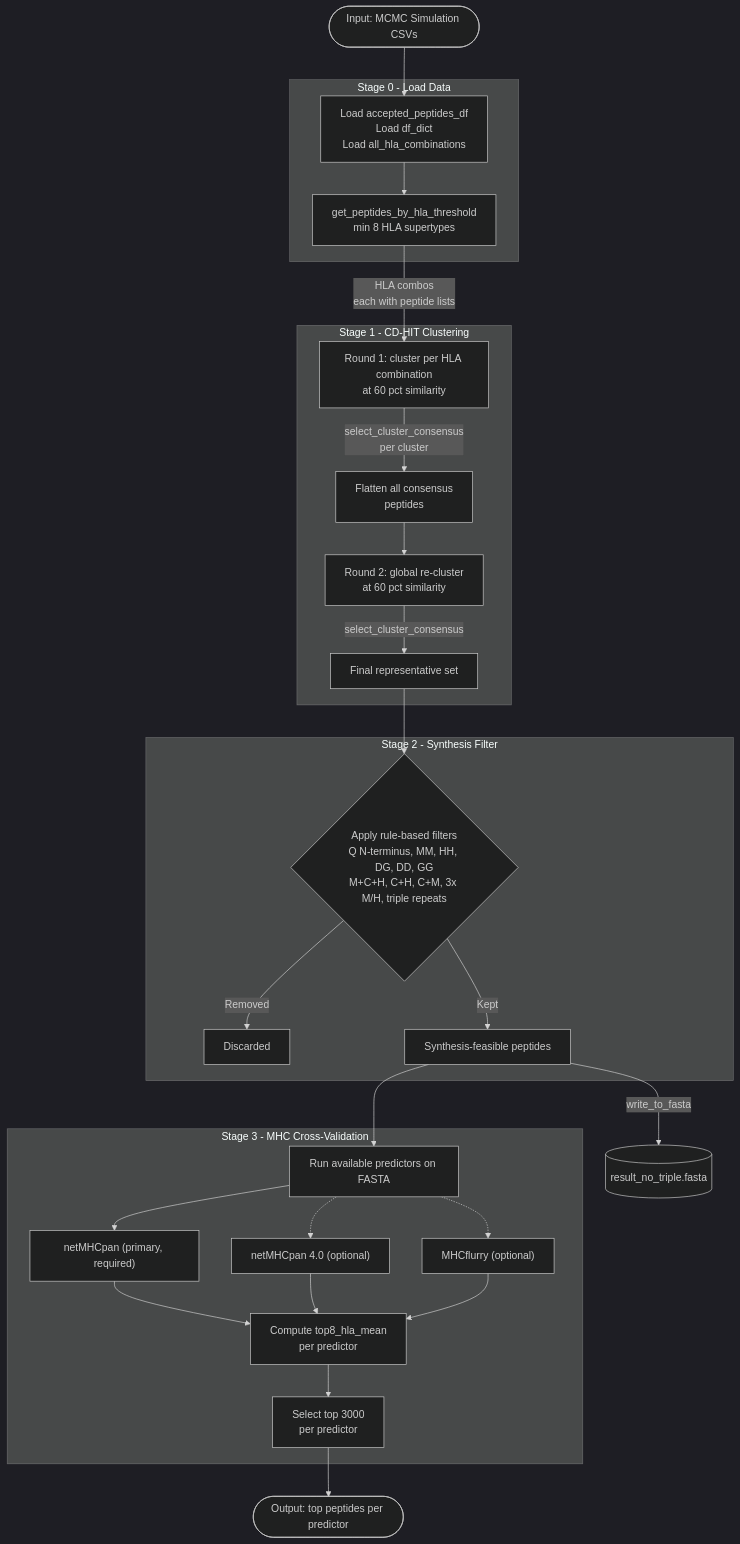
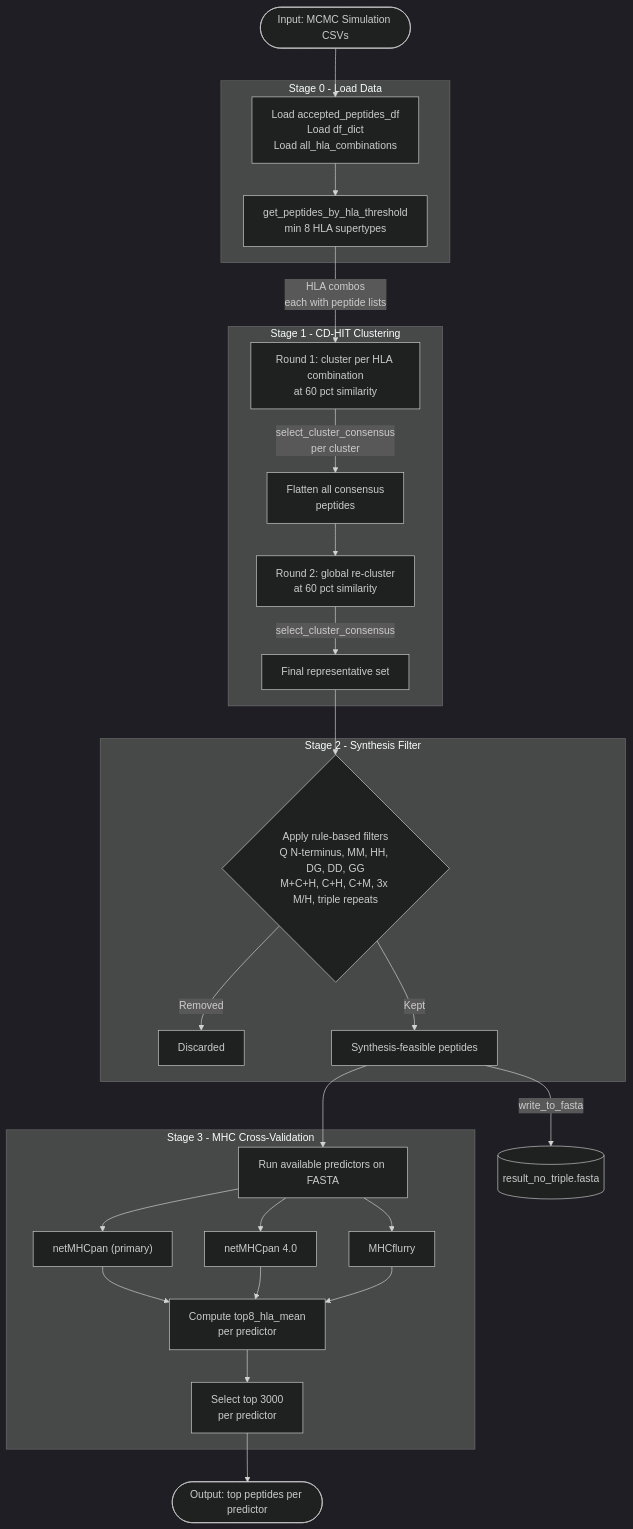
One commit to elinor5938/super-HLA changed the diagram in filtering/README.md. Above: the diagram before and after it, drawn with Mermaid (dark theme). The commit also changed other lines of this file and 5 other files, not shown here.

First line of the commit message:
Make all three Stage 3 predictors required and remove netMHCpan 4.2 references

````diff
--- a/filtering/README.md
+++ b/filtering/README.md
@@ -13,41 +13,41 @@
 ```mermaid
 flowchart TD
     A([Input: MCMC Simulation CSVs]) --> S0
 
     subgraph Stage 0 - Load Data
         S0["Load accepted_peptides_df<br/>Load df_dict<br/>Load all_hla_combinations"]
         S0 --> S0b["get_peptides_by_hla_threshold<br/>min 8 HLA supertypes"]
     end
 
     S0b -->|"HLA combos<br/>each with peptide lists"| S1
 
     subgraph Stage 1 - CD-HIT Clustering
         S1["Round 1: cluster per HLA combination<br/>at 60 pct similarity"]
         S1 -->|"select_cluster_consensus<br/>per cluster"| S1b
         S1b["Flatten all consensus<br/>peptides"]
         S1b --> S1c["Round 2: global re-cluster<br/>at 60 pct similarity"]
         S1c -->|select_cluster_consensus| S1d["Final representative set"]
     end
 
     S1d --> S2
 
     subgraph Stage 2 - Synthesis Filter
         S2{"Apply rule-based filters<br/>Q N-terminus, MM, HH, DG, DD, GG<br/>M+C+H, C+H, C+M, 3x M/H, triple repeats"}
         S2 -->|Removed| Trash1[Discarded]
         S2 -->|Kept| S2b["Synthesis-feasible peptides"]
     end
 
     S2b --> S3
     S2b -->|write_to_fasta| FASTA[(result_no_triple.fasta)]
 
     subgraph Stage 3 - MHC Cross-Validation
         S3[Run available predictors on FASTA]
-        S3 --> P1["netMHCpan (primary, required)"]
-        S3 -.-> P2["netMHCpan 4.0 (optional)"]
-        S3 -.-> P3["MHCflurry (optional)"]
+        S3 --> P1["netMHCpan (primary)"]
+        S3 --> P2["netMHCpan 4.0"]
+        S3 --> P3["MHCflurry"]
         P1 & P2 & P3 --> Score["Compute top8_hla_mean<br/>per predictor"]
         Score --> Top["Select top 3000<br/>per predictor"]
     end
 
     Top --> Out(["Output: top peptides per predictor"])
 ```
````
